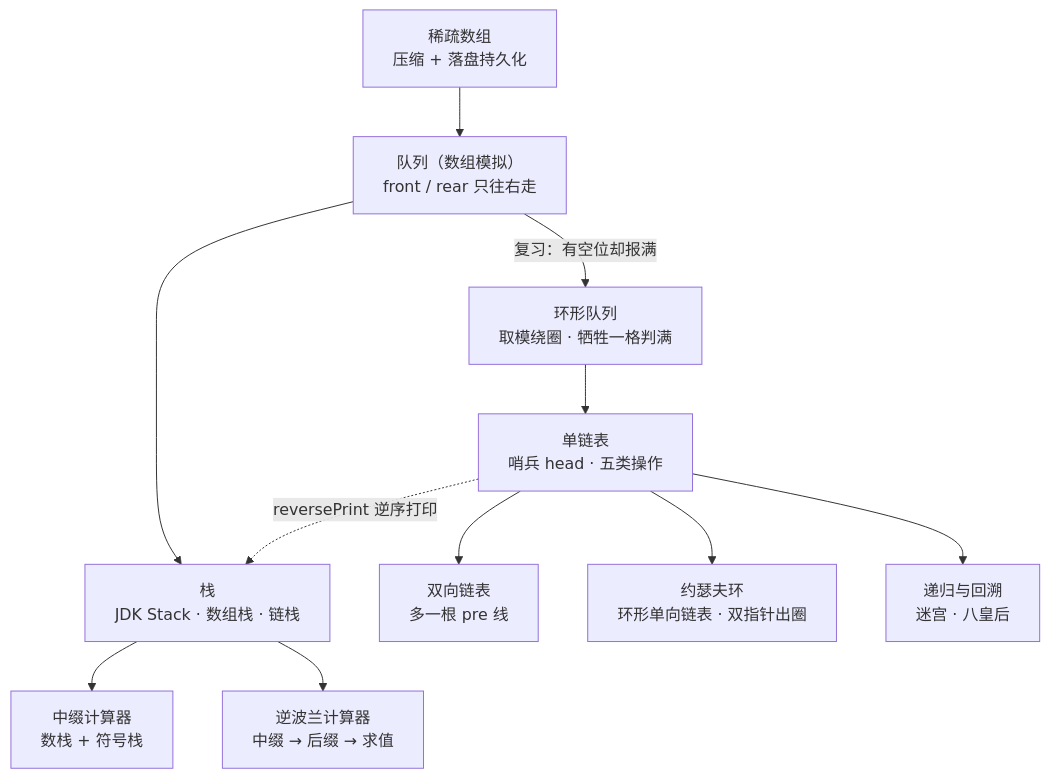
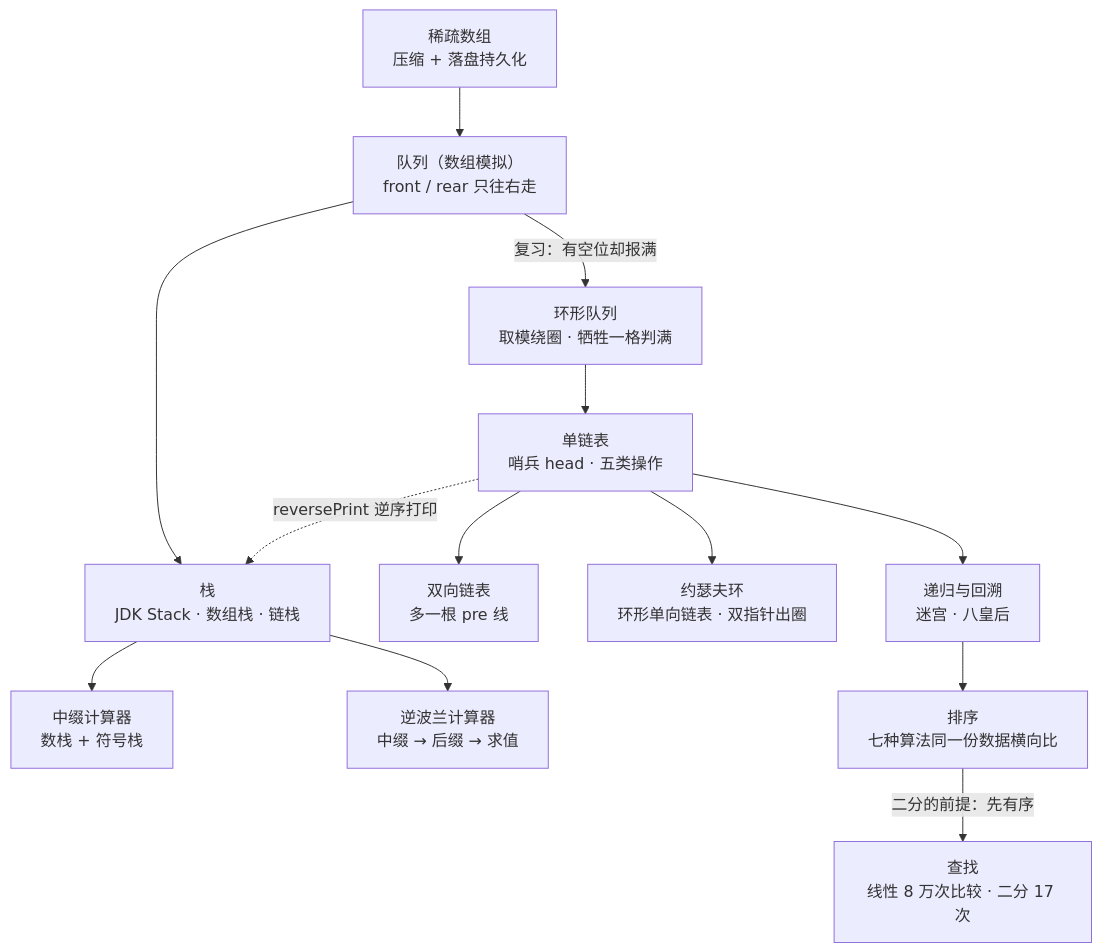
Before and after one commit to c0re-T/dataStructures: the diagram in README.md, drawn with Mermaid. The commit also changed other lines of this file and 11 other files, not shown here.

````diff
--- a/README.md
+++ b/README.md
@@ -9,13 +9,15 @@
 ```mermaid
 flowchart TD
     A["稀疏数组<br/>压缩 + 落盘持久化"] --> B["队列（数组模拟）<br/>front / rear 只往右走"]
     B -->|"复习：有空位却报满"| C["环形队列<br/>取模绕圈 · 牺牲一格判满"]
     B --> D["栈<br/>JDK Stack · 数组栈 · 链栈"]
     D --> E["中缀计算器<br/>数栈 + 符号栈"]
     D --> F["逆波兰计算器<br/>中缀 → 后缀 → 求值"]
     C --> G["单链表<br/>哨兵 head · 五类操作"]
     G --> H["双向链表<br/>多一根 pre 线"]
     G --> I["约瑟夫环<br/>环形单向链表 · 双指针出圈"]
     G -.->|"reversePrint 逆序打印"| D
     G --> J["递归与回溯<br/>迷宫 · 八皇后"]
+    J --> K["排序<br/>七种算法同一份数据横向比"]
+    K -->|"二分的前提：先有序"| L["查找<br/>线性 8 万次比较 · 二分 17 次"]
 ```
````
